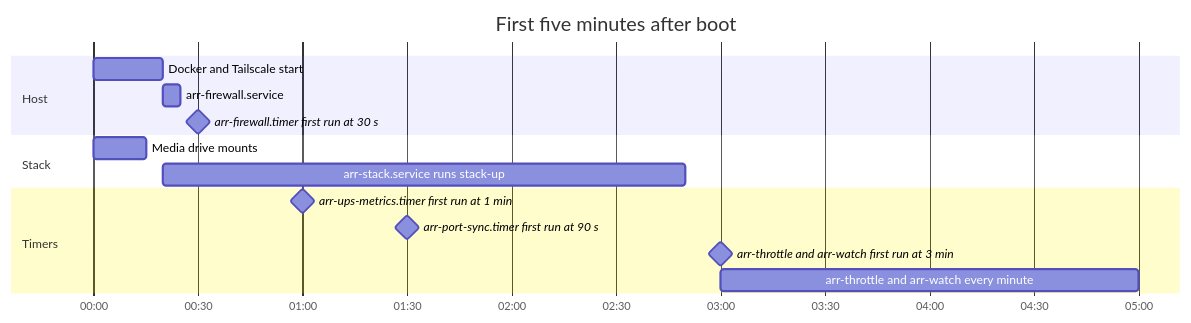
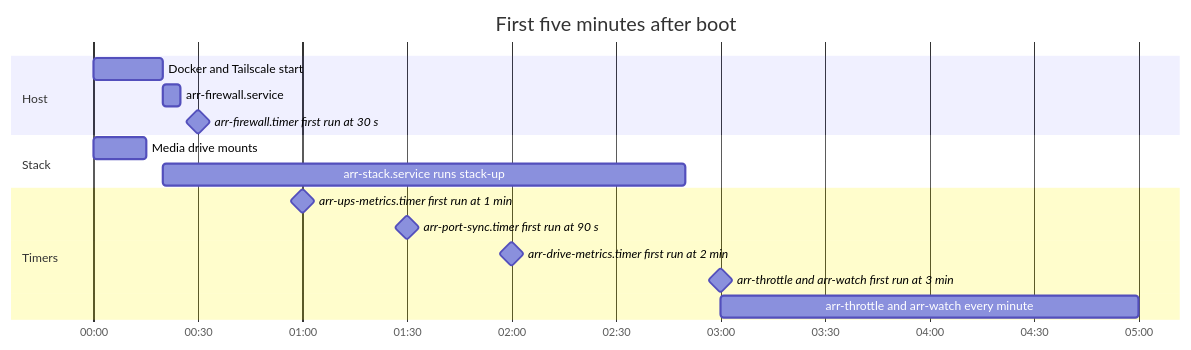
The second of 2 diagrams in docs/reference/systemd.md (bugrauluyurt/homelab-media-stack), drawn with Mermaid before and after one commit. The commit also changed other lines of this file and 24 other files, not shown here.

````diff
--- a/docs/reference/systemd.md
+++ b/docs/reference/systemd.md
@@ -54,18 +54,19 @@
 ```mermaid
 gantt
   title First five minutes after boot
   dateFormat mm:ss
   axisFormat %M:%S
   section Host
   Docker and Tailscale start          :host, 00:00, 20s
   arr-firewall.service                :fw, after host, 5s
   arr-firewall.timer first run at 30 s :milestone, 00:30, 0s
   section Stack
   Media drive mounts                  :mnt, 00:00, 15s
   arr-stack.service runs stack-up     :stack, after host, 150s
   section Timers
   arr-ups-metrics.timer first run at 1 min :milestone, 01:00, 0s
   arr-port-sync.timer first run at 90 s :milestone, 01:30, 0s
+  arr-drive-metrics.timer first run at 2 min :milestone, 02:00, 0s
   arr-throttle and arr-watch first run at 3 min :milestone, 03:00, 0s
   arr-throttle and arr-watch every minute :03:00, 120s
 ```
````
